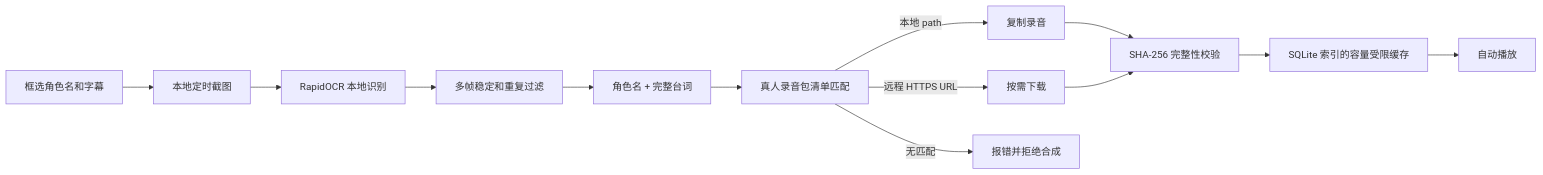
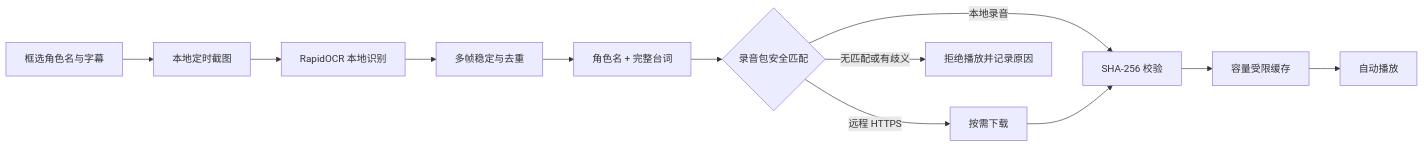
One commit to uinaqx/Genshin_autoTTS changed the diagram in README.md. Above: the diagram before and after it, drawn with Mermaid. The commit also changed other lines of this file and 11 other files, not shown here.

````diff
--- a/README.md
+++ b/README.md
@@ -11,15 +57,14 @@
 ```mermaid
 flowchart LR
-    A[框选角色名和字幕] --> B[本地定时截图]
+    A[框选角色名与字幕] --> B[本地定时截图]
     B --> C[RapidOCR 本地识别]
-    C --> D[多帧稳定和重复过滤]
+    C --> D[多帧稳定与去重]
     D --> E[角色名 + 完整台词]
-    E --> F[真人录音包清单匹配]
-    F -->|本地 path| G[复制录音]
-    F -->|远程 HTTPS URL| H[按需下载]
-    G --> I[SHA-256 完整性校验]
-    H --> I
-    I --> J[SQLite 索引的容量受限缓存]
-    J --> K[自动播放]
-    F -->|无匹配| L[报错并拒绝合成]
+    E --> F{录音包安全匹配}
+    F -->|本地录音| G[SHA-256 校验]
+    F -->|远程 HTTPS| H[按需下载]
+    H --> G
+    G --> I[容量受限缓存]
+    I --> J[自动播放]
+    F -->|无匹配或有歧义| K[拒绝播放并记录原因]
 ```
````
